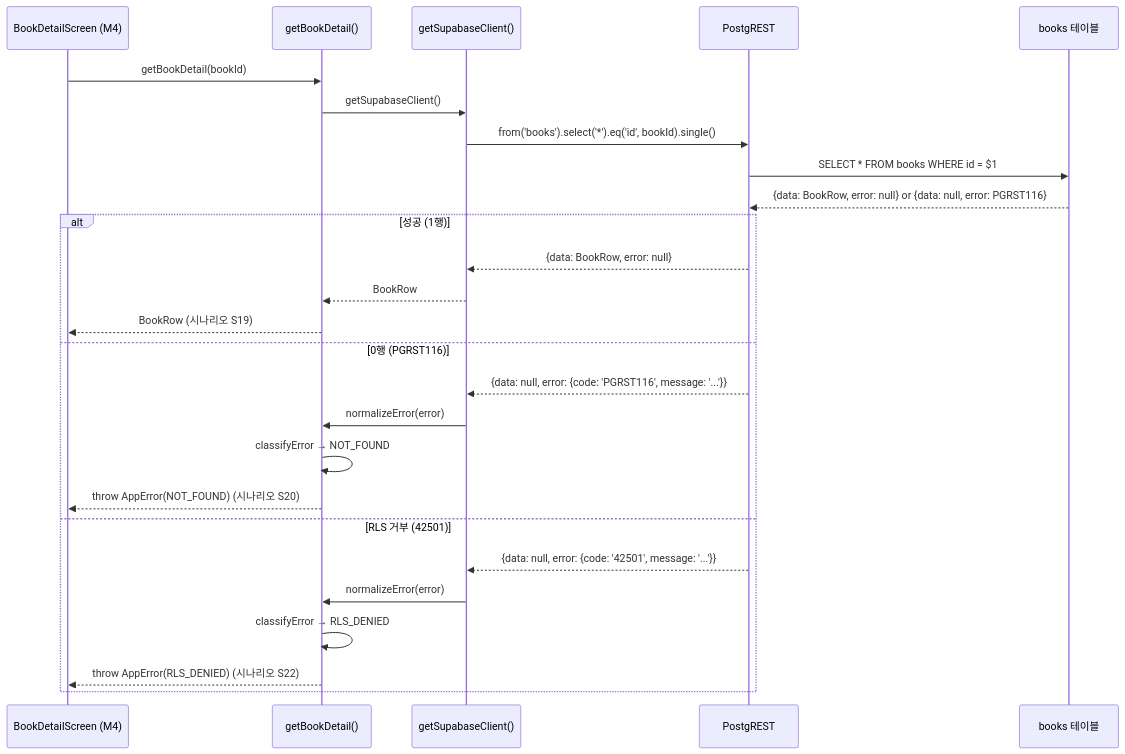
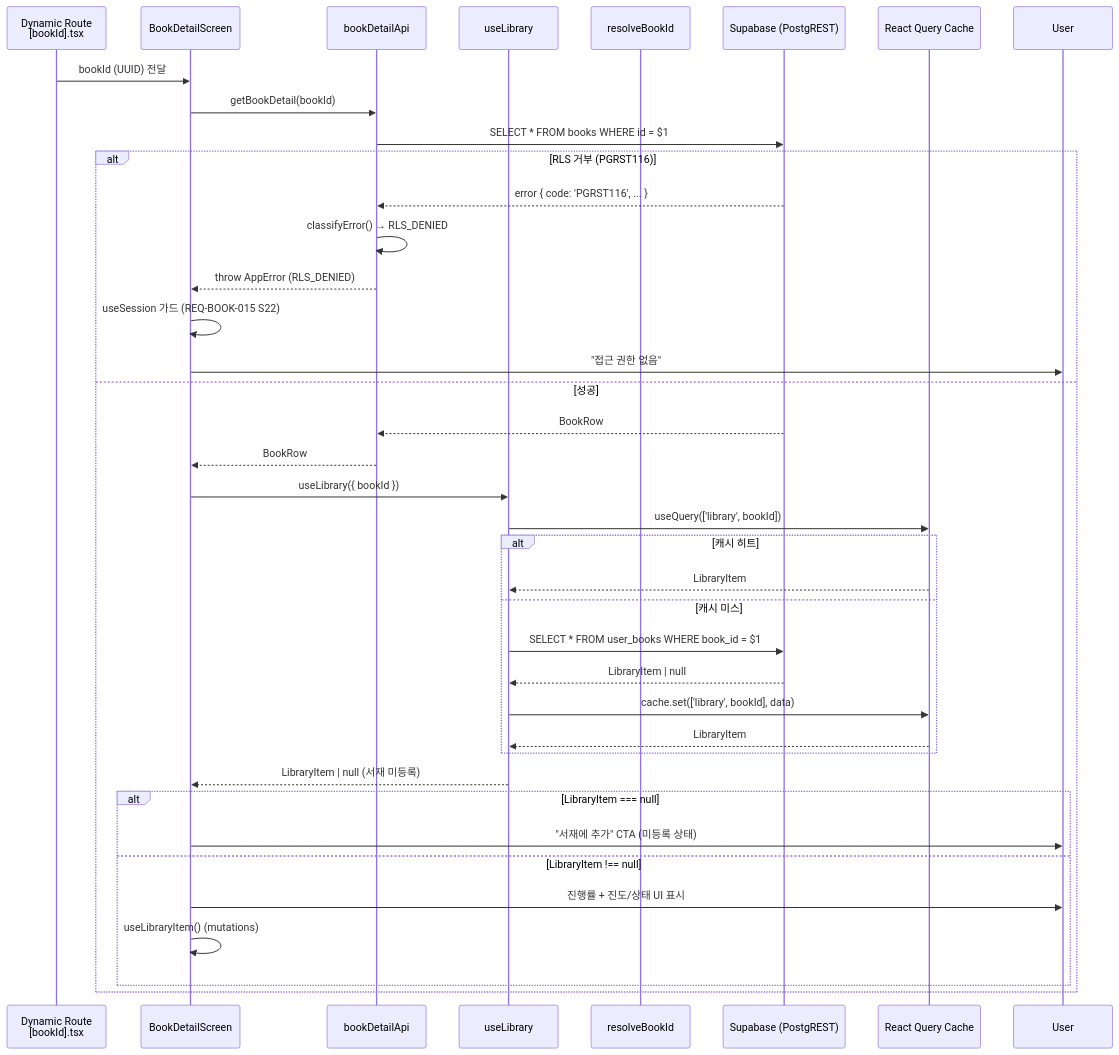
The fifth of 8 diagrams in .moai/project/codemaps/data-flow.md (ip9202/sagak), drawn with Mermaid before and after one commit. The commit also changed other lines of this file and 4 other files, not shown here.

````diff
--- a/.moai/project/codemaps/data-flow.md
+++ b/.moai/project/codemaps/data-flow.md
@@ -547,30 +290,43 @@
 ```mermaid
 sequenceDiagram
-    participant UI as BookDetailScreen (M4)
-    participant Client as getBookDetail()
-    participant Supabase as getSupabaseClient()
-    participant PostgREST as PostgREST
-    participant DB as books 테이블
+    participant Route as Dynamic Route<br/>[bookId].tsx
+    participant Screen as BookDetailScreen
+    participant DetailAPI as bookDetailApi
+    participant LibraryHook as useLibrary
+    participant Resolver as resolveBookId
+    participant Supabase as Supabase (PostgREST)
+    participant QueryCache as React Query Cache
 
-    UI->>Client: getBookDetail(bookId)
-    Client->>Supabase: getSupabaseClient()
-    Supabase->>PostgREST: from('books').select('*').eq('id', bookId).single()
-    PostgREST->>DB: SELECT * FROM books WHERE id = $1
-    DB-->>PostgREST: {data: BookRow, error: null} or {data: null, error: PGRST116}
-    
-    alt 성공 (1행)
-        PostgREST-->>Supabase: {data: BookRow, error: null}
-        Supabase-->>Client: BookRow
-        Client-->>UI: BookRow (시나리오 S19)
-    else 0행 (PGRST116)
-        PostgREST-->>Supabase: {data: null, error: {code: 'PGRST116', message: '...'}}
-        Supabase->>Client: normalizeError(error)
-        Client->>Client: classifyError → NOT_FOUND
-        Client-->>UI: throw AppError(NOT_FOUND) (시나리오 S20)
-    else RLS 거부 (42501)
-        PostgREST-->>Supabase: {data: null, error: {code: '42501', message: '...'}}
-        Supabase->>Client: normalizeError(error)
-        Client->>Client: classifyError → RLS_DENIED
-        Client-->>UI: throw AppError(RLS_DENIED) (시나리오 S22)
+    Route->>Screen: bookId (UUID) 전달
+    Screen->>DetailAPI: getBookDetail(bookId)
+    DetailAPI->>Supabase: SELECT * FROM books WHERE id = $1
+    alt RLS 거부 (PGRST116)
+        Supabase-->>DetailAPI: error { code: 'PGRST116', ... }
+        DetailAPI->>DetailAPI: classifyError() → RLS_DENIED
+        DetailAPI-->>Screen: throw AppError (RLS_DENIED)
+        Screen->>Screen: useSession 가드 (REQ-BOOK-015 S22)
+        Screen->>User: "접근 권한 없음"
+    else 성공
+        Supabase-->>DetailAPI: BookRow
+        DetailAPI-->>Screen: BookRow
+
+        Screen->>LibraryHook: useLibrary({ bookId })
+        LibraryHook->>QueryCache: useQuery(['library', bookId])
+        alt 캐시 히트
+            QueryCache-->>LibraryHook: LibraryItem
+        else 캐시 미스
+            LibraryHook->>Supabase: SELECT * FROM user_books WHERE book_id = $1
+            Supabase-->>LibraryHook: LibraryItem | null
+            LibraryHook->>QueryCache: cache.set(['library', bookId], data)
+            QueryCache-->>LibraryHook: LibraryItem
+        end
+        LibraryHook-->>Screen: LibraryItem | null (서재 미등록)
+
+        alt LibraryItem === null
+            Screen->>User: "서재에 추가" CTA (미등록 상태)
+        else LibraryItem !== null
+            Screen->>User: 진행률 + 진도/상태 UI 표시
+            Screen->>Screen: useLibraryItem() (mutations)
+        end
     end
 ```
````
